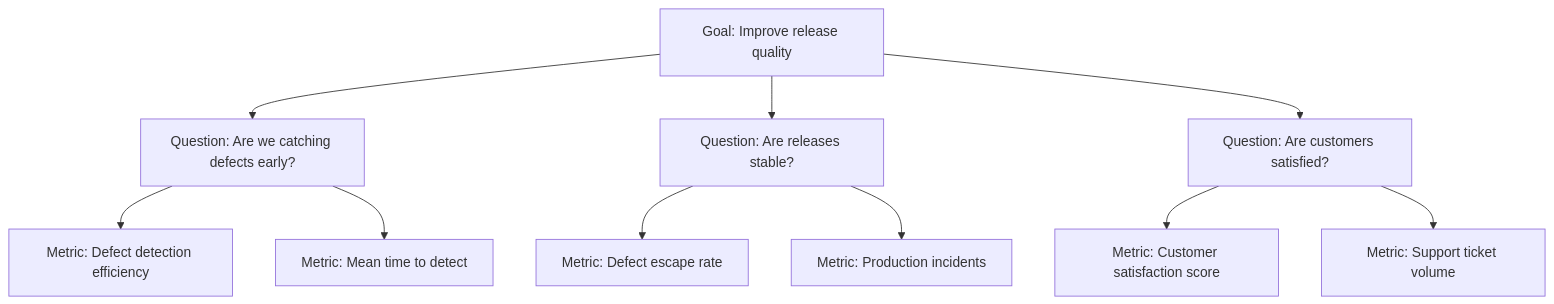
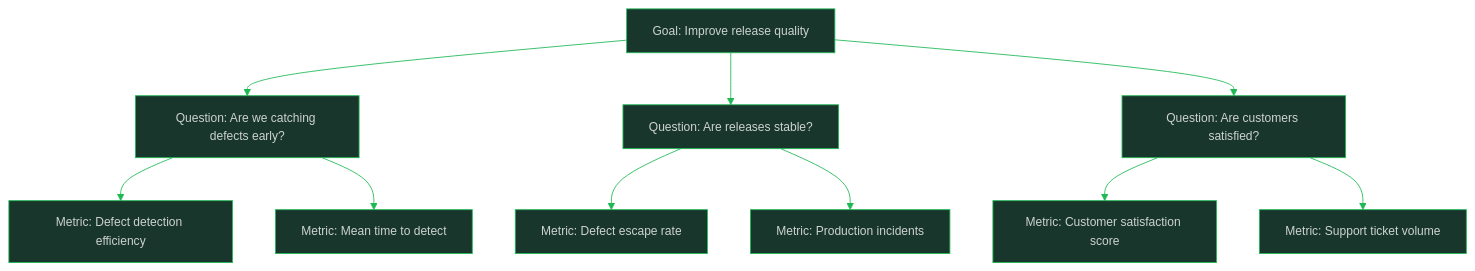
One commit to oat431/swe-knowledge changed the diagram in career-path/10_Quality_and_Test_Engineering/06_Measurement/06_Measurement_Pitfalls.md. Above: the diagram before and after it, drawn with Mermaid. The commit also changed 893 other files, not shown here.

````diff
--- a/career-path/10_Quality_and_Test_Engineering/06_Measurement/06_Measurement_Pitfalls.md
+++ b/career-path/10_Quality_and_Test_Engineering/06_Measurement/06_Measurement_Pitfalls.md
@@ -353,15 +353,16 @@
 ```mermaid
+%%{init: {'theme':'base','themeVariables':{'primaryColor':'#19362D','primaryTextColor':'#CDD3D1','primaryBorderColor':'#1FB854','lineColor':'#1FB854','background':'#1B1717','mainBkg':'#19362D','clusterBkg':'#161212','edgeLabelBackground':'#161212','titleColor':'#1FB854','fontSize':'14px'}}}%%
 flowchart TD
     G[Goal: Improve release quality] --> Q1[Question: Are we catching defects early?]
     G --> Q2[Question: Are releases stable?]
     G --> Q3[Question: Are customers satisfied?]
     
     Q1 --> M1[Metric: Defect detection efficiency]
     Q1 --> M2[Metric: Mean time to detect]
     
     Q2 --> M3[Metric: Defect escape rate]
     Q2 --> M4[Metric: Production incidents]
     
     Q3 --> M5[Metric: Customer satisfaction score]
     Q3 --> M6[Metric: Support ticket volume]
 ```
````
